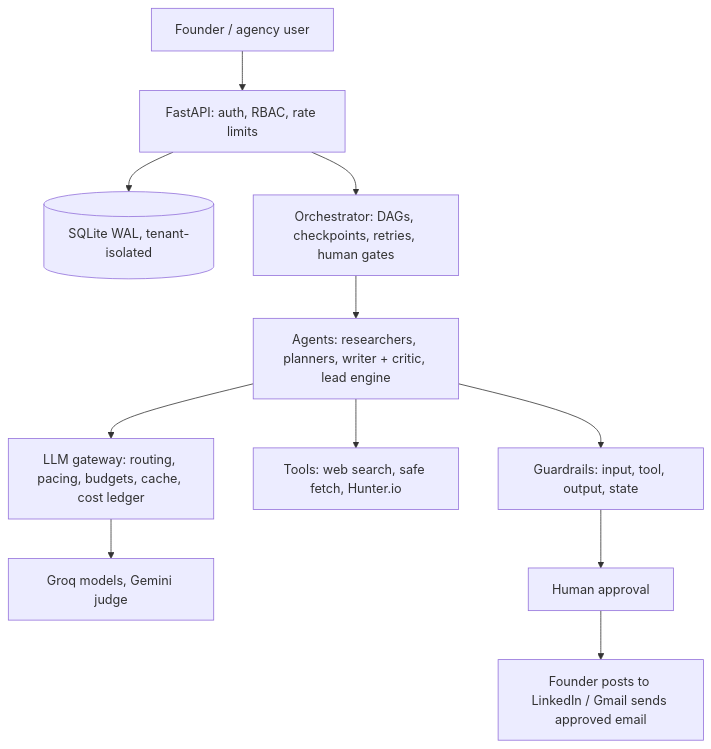
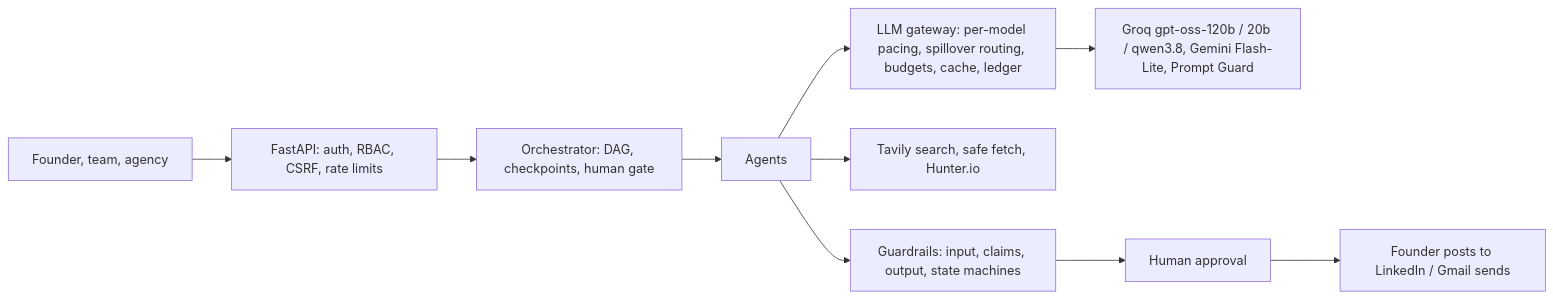
The diagram in docs/REVIEWER_GUIDE.md (lokeshsuryawanshi/growthOS), drawn with Mermaid before and after one commit. The commit also changed other lines of this file and 7 other files, not shown here.

````diff
--- a/docs/REVIEWER_GUIDE.md
+++ b/docs/REVIEWER_GUIDE.md
@@ -26,13 +24,11 @@
 ```mermaid
-flowchart TB
-  U[Founder / agency user] --> W[FastAPI: auth, RBAC, rate limits]
-  W --> DB[(SQLite WAL, tenant-isolated)]
-  W --> O[Orchestrator: DAGs, checkpoints, retries, human gates]
-  O --> A[Agents: researchers, planners, writer + critic, lead engine]
-  A --> G[LLM gateway: routing, pacing, budgets, cache, cost ledger]
-  G --> M[Groq models, Gemini judge]
-  A --> T[Tools: web search, safe fetch, Hunter.io]
-  A --> R[Guardrails: input, tool, output, state]
-  R --> H[Human approval]
-  H --> X[Founder posts to LinkedIn / Gmail sends approved email]
+flowchart LR
+  F[Founder, team, agency] --> API[FastAPI: auth, RBAC, CSRF, rate limits]
+  API --> O[Orchestrator: DAG, checkpoints, human gate]
+  O --> A[Agents]
+  A --> G[LLM gateway: per-model pacing, spillover routing, budgets, cache, ledger]
+  G --> M[Groq gpt-oss-120b / 20b / qwen3.8, Gemini Flash-Lite, Prompt Guard]
+  A --> T[Tavily search, safe fetch, Hunter.io]
+  A --> R[Guardrails: input, claims, output, state machines]
+  R --> H[Human approval] --> X[Founder posts to LinkedIn / Gmail sends]
 ```
````
